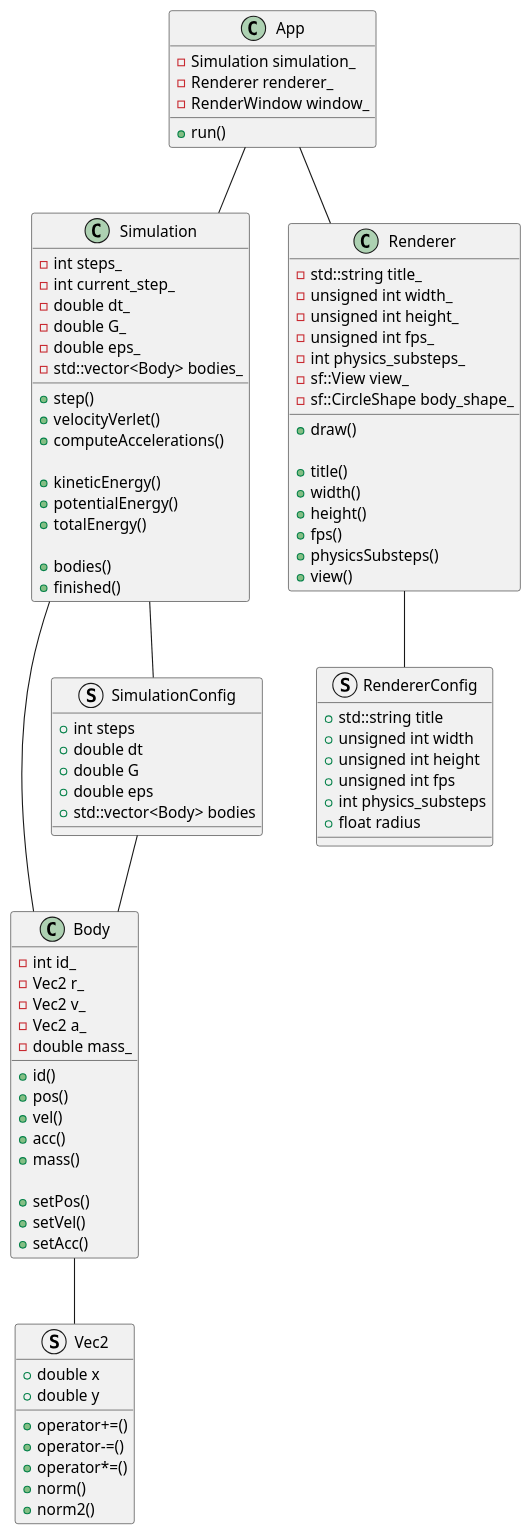
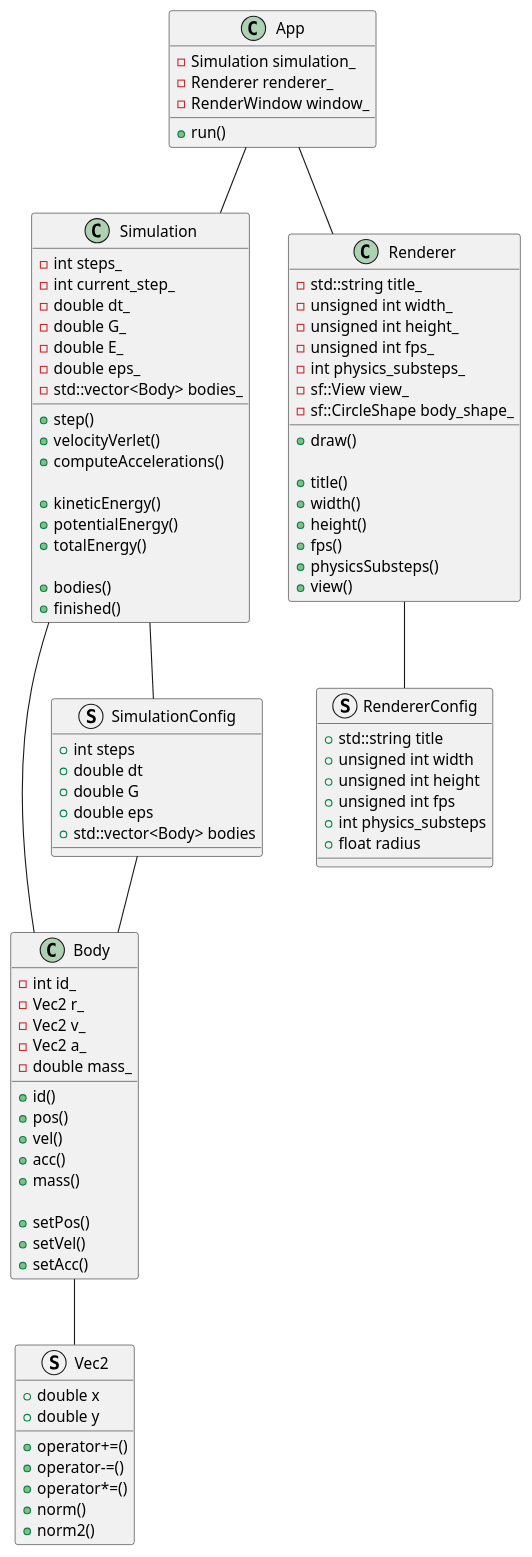
The diagram in project_map.puml (lou720/progetto_programmazione), drawn with PlantUML before and after one commit. The commit also changed 2 other files, not shown here.

```diff
--- a/project_map.puml
+++ b/project_map.puml
@@ -1,123 +1,124 @@
 @startuml
 
 ' =========================
 ' CORE APPLICATION
 ' =========================
 
 class App {
   - Simulation simulation_
   - Renderer renderer_
   - RenderWindow window_
 
   + run()
 }
 
 ' =========================
 ' SIMULATION (PHYSICS)
 ' =========================
 
 class Simulation {
   - int steps_
   - int current_step_
   - double dt_
   - double G_
+  - double E_
   - double eps_
   - std::vector<Body> bodies_
 
   + step()
   + velocityVerlet()
   + computeAccelerations()
 
   + kineticEnergy()
   + potentialEnergy()
   + totalEnergy()
 
   + bodies()
   + finished()
 }
 
 class Body {
   - int id_
   - Vec2 r_
   - Vec2 v_
   - Vec2 a_
   - double mass_
 
   + id()
   + pos()
   + vel()
   + acc()
   + mass()
 
   + setPos()
   + setVel()
   + setAcc()
 }
 
 struct Vec2 {
   + double x
   + double y
 
   + operator+=()
   + operator-=()
   + operator*=()
   + norm()
   + norm2()
 }
 
 struct SimulationConfig {
   + int steps
   + double dt
   + double G
   + double eps
   + std::vector<Body> bodies
 }
 
 ' =========================
 ' RENDERING
 ' =========================
 
 class Renderer {
   - std::string title_
   - unsigned int width_
   - unsigned int height_
   - unsigned int fps_
   - int physics_substeps_
   - sf::View view_
   - sf::CircleShape body_shape_
 
   + draw()
 
   + title()
   + width()
   + height()
   + fps()
   + physicsSubsteps()
   + view()
 }
 
 struct RendererConfig {
   + std::string title
   + unsigned int width
   + unsigned int height
   + unsigned int fps
   + int physics_substeps
   + float radius
 }
 
 ' =========================
 ' RELATIONSHIPS
 ' =========================
 
 App -- Simulation
 App -- Renderer
 
 Simulation -- SimulationConfig
 Simulation -- Body
 
 Renderer -- RendererConfig
 
 SimulationConfig -- Body
 Body -- Vec2
 
 @enduml
```
